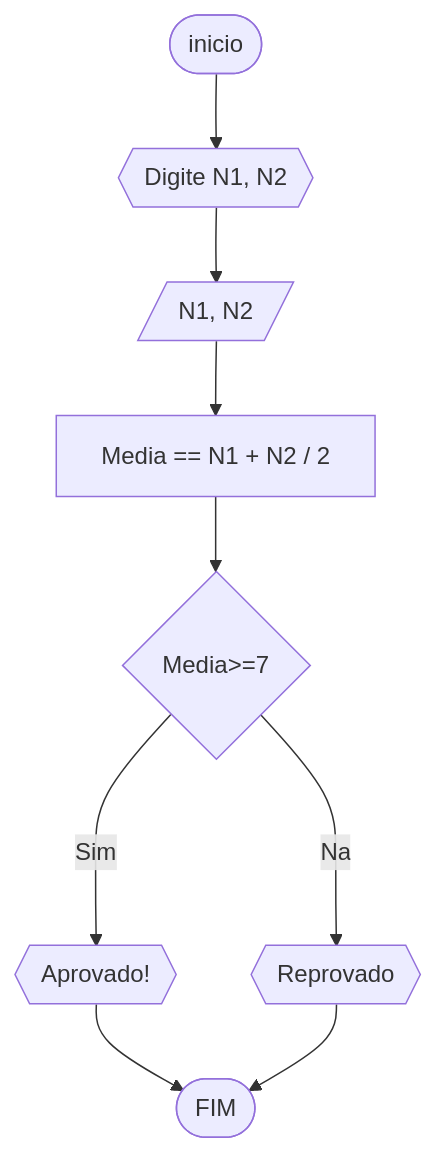
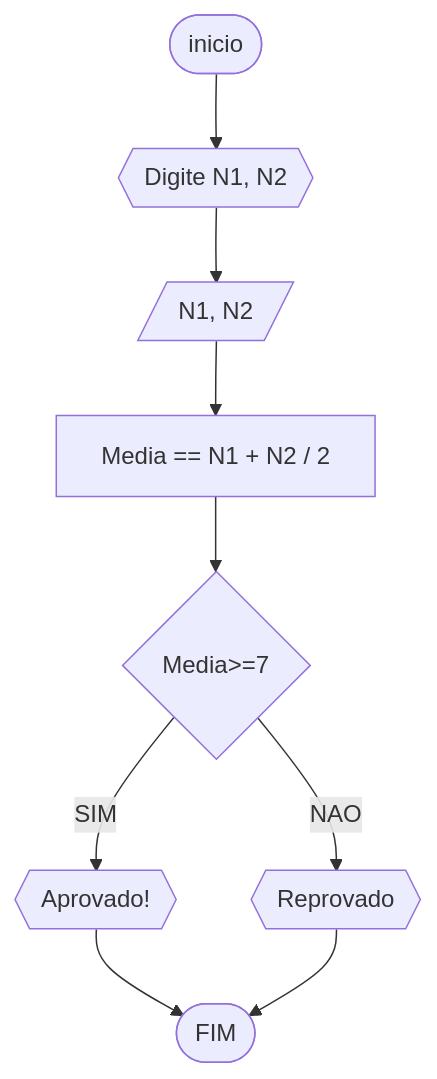
One commit to paaiva/UNIFOR2 changed the third of 4 diagrams in RLB/lista1_exercicios.md. Above: the diagram before and after it, drawn with Mermaid. The commit also changed other lines of this file, not shown here.

````diff
--- a/RLB/lista1_exercicios.md
+++ b/RLB/lista1_exercicios.md
@@ -82,12 +82,12 @@
 ``` mermaid
 flowchart TD
 A([inicio])-->B{{Digite N1, N2}}
 B-->C[/N1, N2/]
 C-->D[Media == N1 + N2 / 2]
 D-->E{Media>=7}
-E--Sim-->F{{Aprovado!}}
+E--SIM-->F{{Aprovado!}}
 F-->H([FIM])
-E--Nao-->G{{Reprovado}}
+E--NAO-->G{{Reprovado}}
 G-->H
 
 ``` 
````
